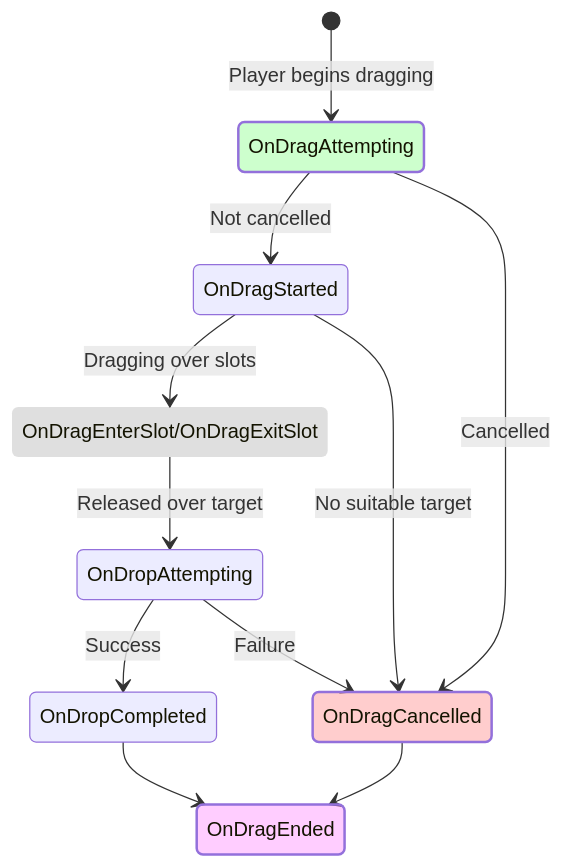
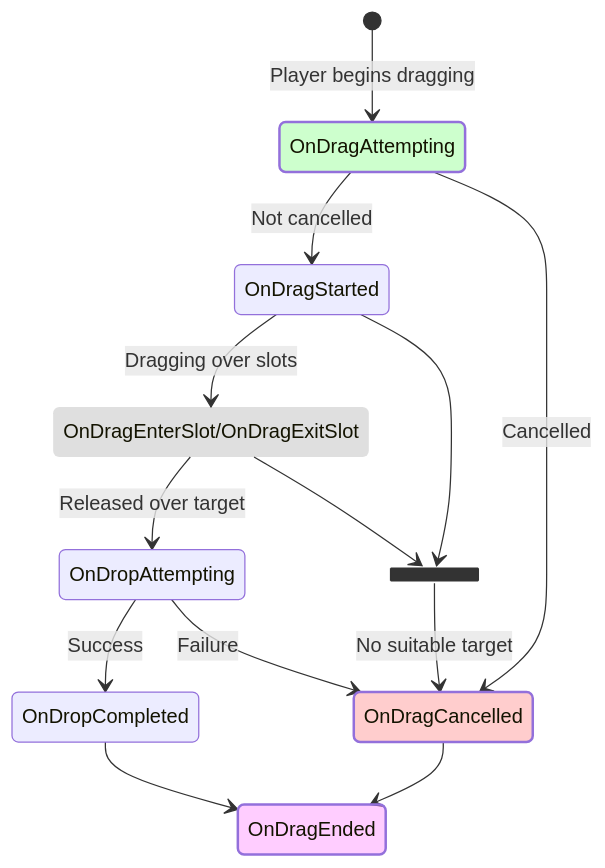
One commit to SergeevSergey99/DragAndDropSystem-Docs changed the first of 2 diagrams in .docs/content/reference/events.en.md. Above: the diagram before and after it, drawn with Mermaid. The commit also changed 1 other file, not shown here.

Commit message:
правки графа ивентов

````diff
--- a/.docs/content/reference/events.en.md
+++ b/.docs/content/reference/events.en.md
@@ -9,25 +9,31 @@
 ```mermaid
 stateDiagram-v2
     classDef dragEnded fill:#f4f4,stroke-width:2px
     classDef dragCancelled fill:#f444,stroke-width:2px
     classDef dragStarted fill:#4F44,stroke-width:2px
     classDef dragOver fill:#8884,stroke-width:0px
     
     DragOver: OnDragEnterSlot/OnDragExitSlot
 
+    state join_state <<join>>
+
     [*] --> OnDragAttempting: Player begins dragging
     OnDragAttempting --> OnDragStarted: Not cancelled
     OnDragAttempting --> OnDragCancelled: Cancelled
     OnDragStarted --> DragOver: Dragging over slots
     DragOver --> OnDropAttempting: Released over target
-    OnDragStarted --> OnDragCancelled: No suitable target
+
+    DragOver --> join_state
+    OnDragStarted --> join_state
+    join_state --> OnDragCancelled: No suitable target
+
     OnDropAttempting --> OnDropCompleted: Success
     OnDropAttempting --> OnDragCancelled: Failure
     OnDropCompleted --> OnDragEnded
     OnDragCancelled --> OnDragEnded
 
    class DragOver dragOver
    class OnDragAttempting dragStarted
    class OnDragCancelled dragCancelled
    class OnDragEnded dragEnded
 ```
````
